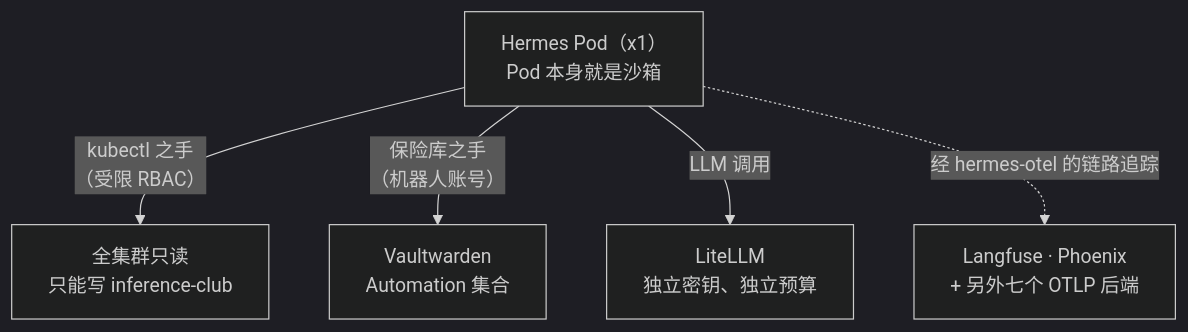
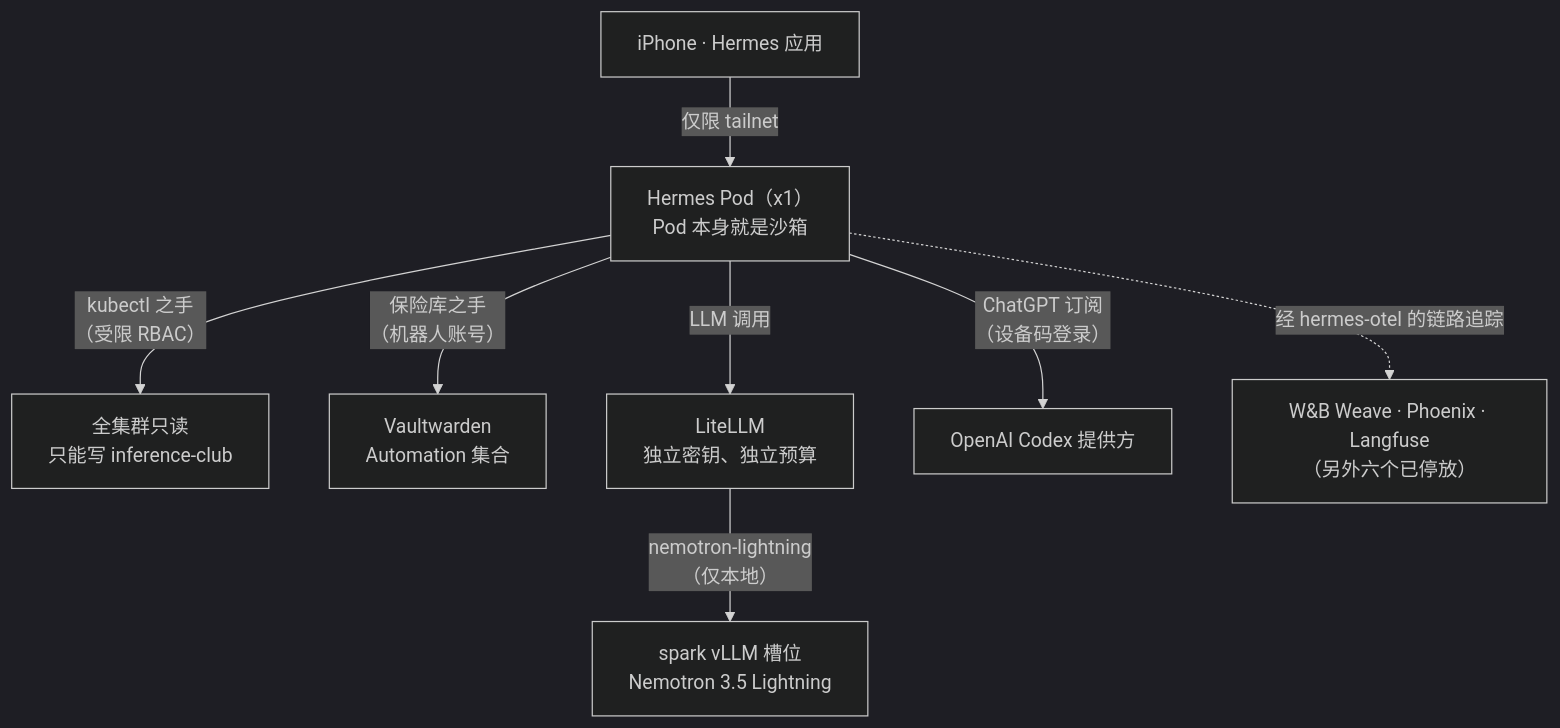
The diagram in docs-site/i18n/zh-Hans/docusaurus-plugin-content-docs/current/ai/hermes.md (briancaffey/home-lab), drawn with Mermaid (dark theme) before and after one commit. The commit also changed other lines of this file and 13 other files, not shown here.

First line of the commit message:
docs(site): Hermes v0.23 + iPhone access, local Nemotron Lightning, parked OTel backends

````diff
--- a/docs-site/i18n/zh-Hans/docusaurus-plugin-content-docs/current/ai/hermes.md
+++ b/docs-site/i18n/zh-Hans/docusaurus-plugin-content-docs/current/ai/hermes.md
@@ -18,8 +20,11 @@
 ```mermaid
 flowchart TD
     H["Hermes Pod（x1）<br/>Pod 本身就是沙箱"]
     H -->|"kubectl 之手<br/>（受限 RBAC）"| K["全集群只读<br/>只能写 inference-club"]
     H -->|"保险库之手<br/>（机器人账号）"| V["Vaultwarden<br/>Automation 集合"]
     H -->|"LLM 调用"| L["LiteLLM<br/>独立密钥、独立预算"]
-    H -.经 hermes-otel 的链路追踪.-> P["Langfuse · Phoenix<br/>+ 另外七个 OTLP 后端"]
+    L -->|"nemotron-lightning<br/>（仅本地）"| S["spark vLLM 槽位<br/>Nemotron 3.5 Lightning"]
+    H -->|"ChatGPT 订阅<br/>（设备码登录）"| C["OpenAI Codex 提供方"]
+    I["iPhone · Hermes 应用"] -->|"仅限 tailnet"| H
+    H -.经 hermes-otel 的链路追踪.-> P["W&B Weave · Phoenix · Langfuse<br/>（另外六个已停放）"]
 ```
````
